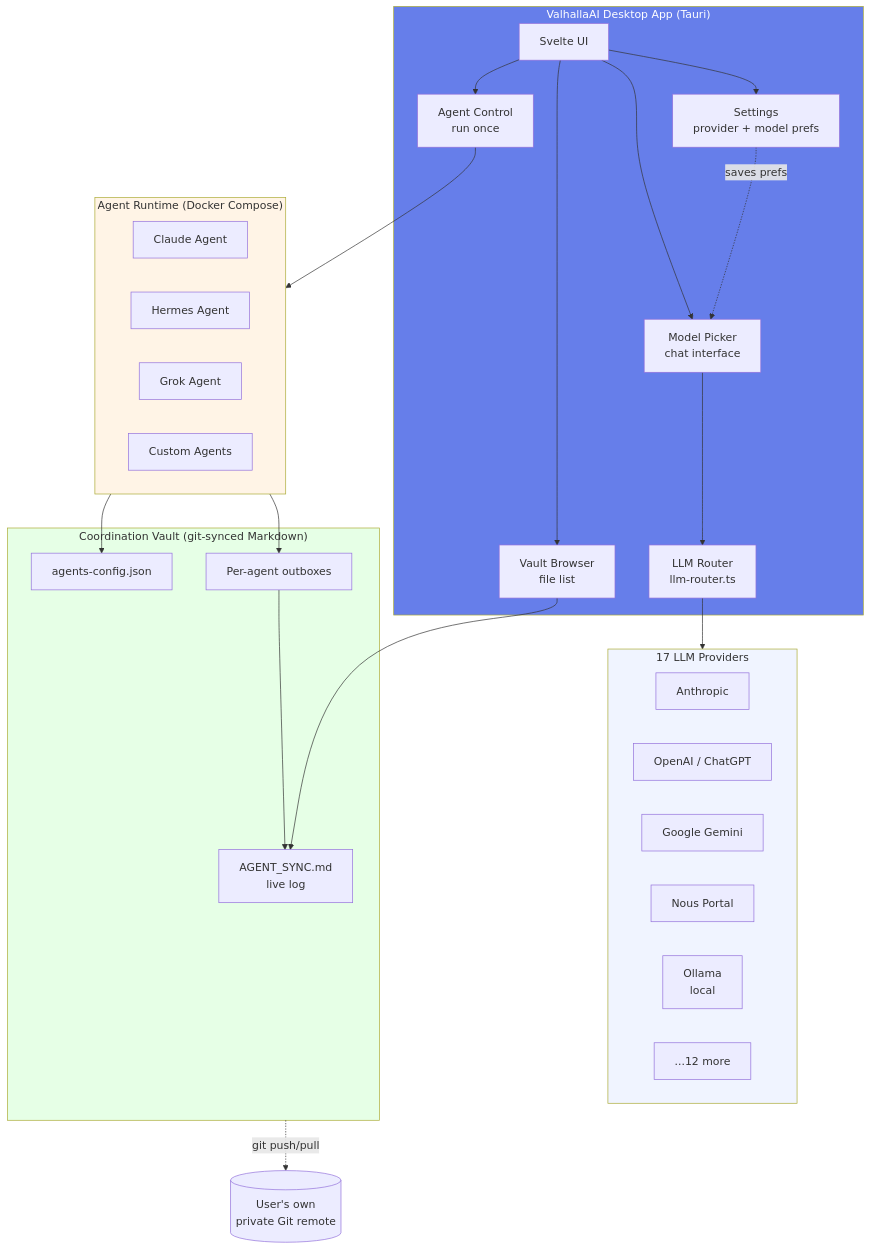
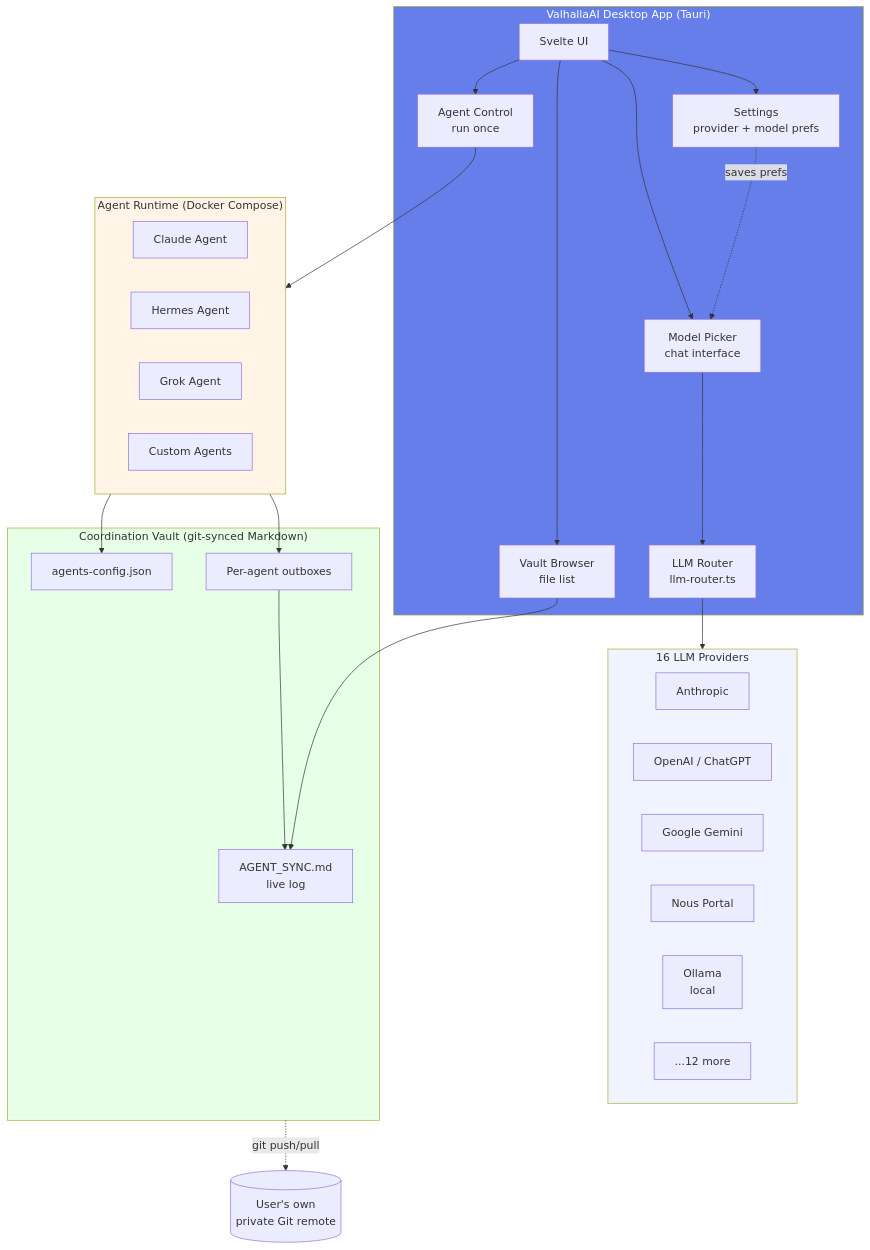
Before and after one commit to jacobcowanr/ValhallaAI: the first of 5 diagrams in ARCHITECTURE.md, drawn with Mermaid. The commit also changed other lines of this file and 5 other files, not shown here.

````diff
--- a/ARCHITECTURE.md
+++ b/ARCHITECTURE.md
@@ -17,57 +17,57 @@
 ```mermaid
 graph TB
     subgraph Desktop["ValhallaAI Desktop App (Tauri)"]
         UI[Svelte UI]
         Settings[Settings<br/>provider + model prefs]
         ModelPicker[Model Picker<br/>chat interface]
         VaultBrowser[Vault Browser<br/>file list]
         AgentControl[Agent Control<br/>run once]
         Router[LLM Router<br/>llm-router.ts]
     end
 
-    subgraph Providers["17 LLM Providers"]
+    subgraph Providers["16 LLM Providers"]
         direction LR
         P1[Anthropic]
         P2[OpenAI / ChatGPT]
         P3[Google Gemini]
         P4[Nous Portal]
         P5[Ollama<br/>local]
         P6[...12 more]
     end
 
     subgraph Runtime["Agent Runtime (Docker Compose)"]
         direction LR
         A1[Claude Agent]
         A2[Hermes Agent]
         A3[Grok Agent]
         A4[Custom Agents]
     end
 
     subgraph Vault["Coordination Vault (git-synced Markdown)"]
         Sync[AGENT_SYNC.md<br/>live log]
         Config[agents-config.json]
         Outbox[Per-agent outboxes]
     end
 
     UI --> Settings
     UI --> ModelPicker
     UI --> VaultBrowser
     UI --> AgentControl
 
     ModelPicker --> Router
     Settings -.saves prefs.-> ModelPicker
     Router --> Providers
 
     AgentControl --> Runtime
     Runtime --> Outbox
     Outbox --> Sync
     VaultBrowser --> Sync
     Runtime --> Config
 
     Vault -. git push/pull .-> RemoteGit[(User's own<br/>private Git remote)]
 
     style Desktop fill:#667eea,color:#fff
     style Providers fill:#f0f4ff
     style Runtime fill:#fff4e6
     style Vault fill:#e6ffe6
 ```
````
